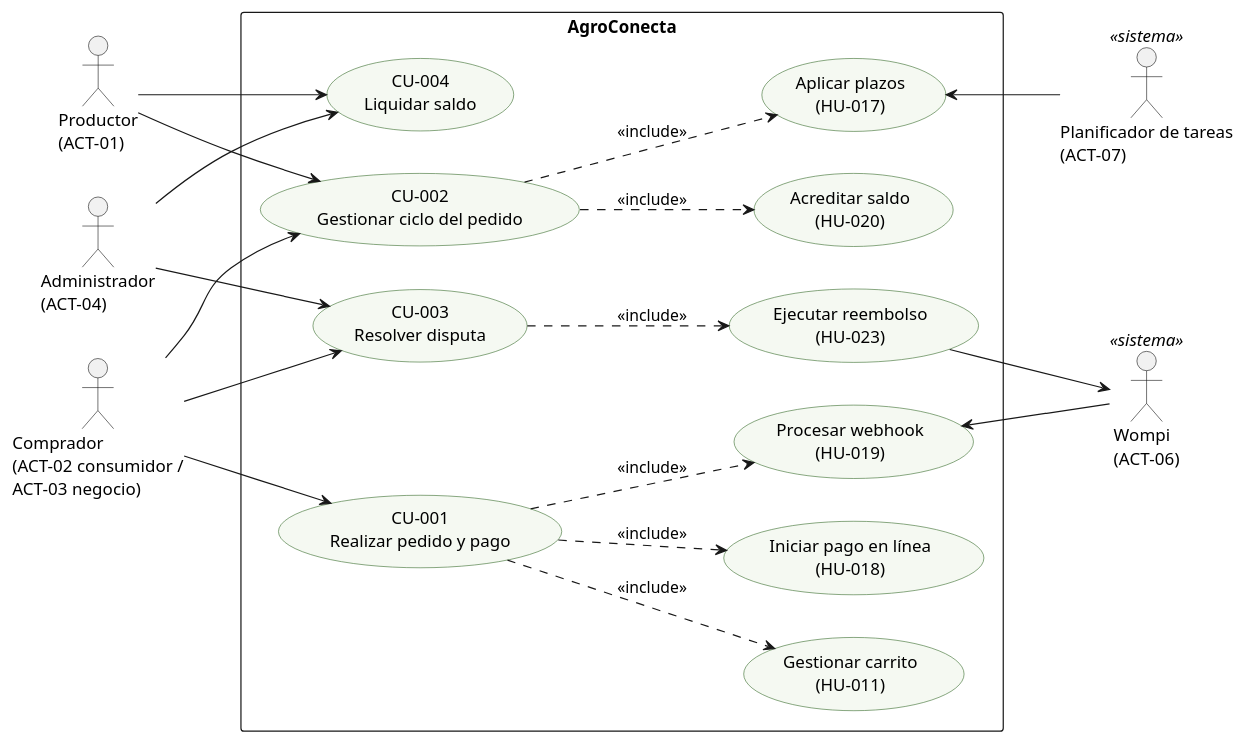
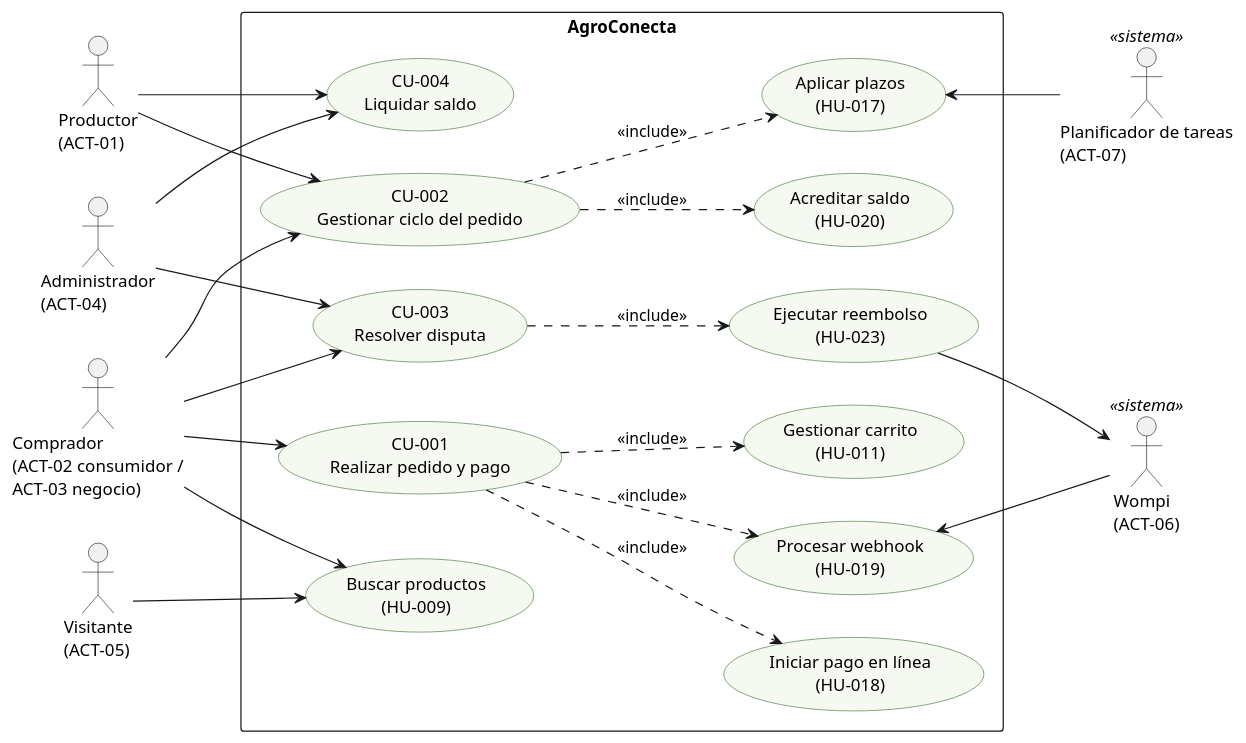
The diagram in docs/sena/diagramas/casos_de_uso.puml (diegomorelohenao-dot/Ducument_Agroconecta), drawn with PlantUML before and after one commit. The commit also changed 13 other files, not shown here.

```diff
--- a/docs/sena/diagramas/casos_de_uso.puml
+++ b/docs/sena/diagramas/casos_de_uso.puml
@@ -1,48 +1,52 @@
 @startuml casos_de_uso
 ' Diagrama general de casos de uso de AgroConecta (DIA-CU-01)
 left to right direction
 skinparam shadowing false
 skinparam packageStyle rectangle
 skinparam usecase {
   BackgroundColor #F5F9F2
   BorderColor #3B6E2F
 }
 
 actor "Productor\n(ACT-01)" as Productor
 actor "Comprador\n(ACT-02 consumidor /\nACT-03 negocio)" as Comprador
 actor "Administrador\n(ACT-04)" as Admin
+actor "Visitante\n(ACT-05)" as Visitante
 actor "Wompi\n(ACT-06)" as Wompi <<sistema>>
 actor "Planificador de tareas\n(ACT-07)" as Planificador <<sistema>>
 
 rectangle "AgroConecta" {
   usecase "CU-001\nRealizar pedido y pago" as CU1
   usecase "CU-002\nGestionar ciclo del pedido" as CU2
   usecase "CU-003\nResolver disputa" as CU3
   usecase "CU-004\nLiquidar saldo" as CU4
 
   usecase "Gestionar carrito\n(HU-011)" as H11
   usecase "Iniciar pago en línea\n(HU-018)" as H18
   usecase "Procesar webhook\n(HU-019)" as H19
   usecase "Acreditar saldo\n(HU-020)" as H20
   usecase "Ejecutar reembolso\n(HU-023)" as H23
   usecase "Aplicar plazos\n(HU-017)" as H17
+  usecase "Buscar productos\n(HU-009)" as H09
 }
 
 Comprador --> CU1
 Comprador --> CU2
 Comprador --> CU3
 Productor --> CU2
 Productor --> CU4
 Admin --> CU3
 Admin --> CU4
+Visitante --> H09
+Comprador --> H09
 
 CU1 ..> H11 : <<include>>
 CU1 ..> H18 : <<include>>
 H19 <-- Wompi
 CU1 ..> H19 : <<include>>
 CU2 ..> H20 : <<include>>
 CU2 ..> H17 : <<include>>
 H17 <-- Planificador
 CU3 ..> H23 : <<include>>
 H23 --> Wompi
 @enduml
```
